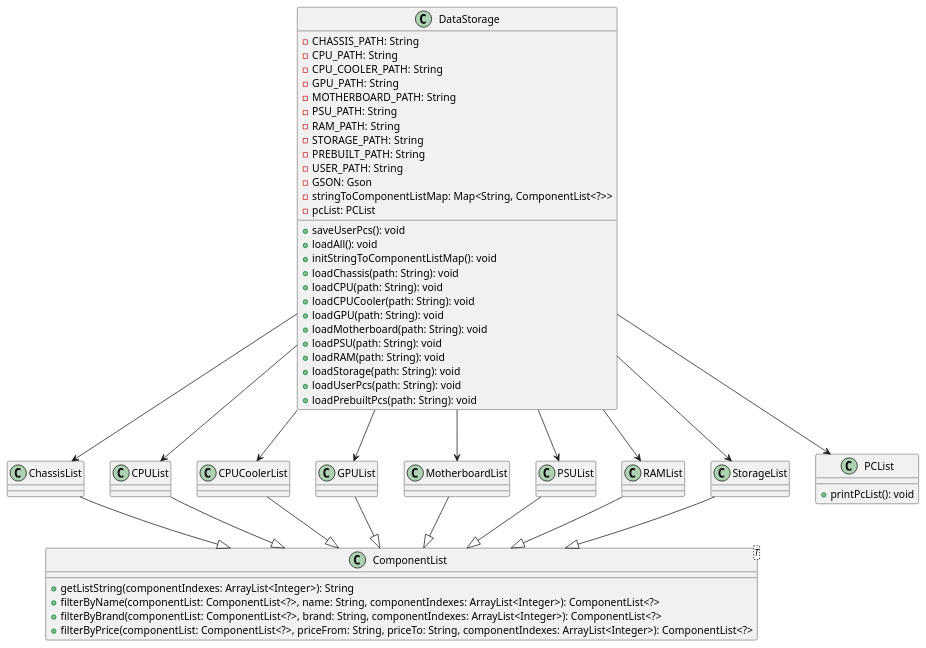
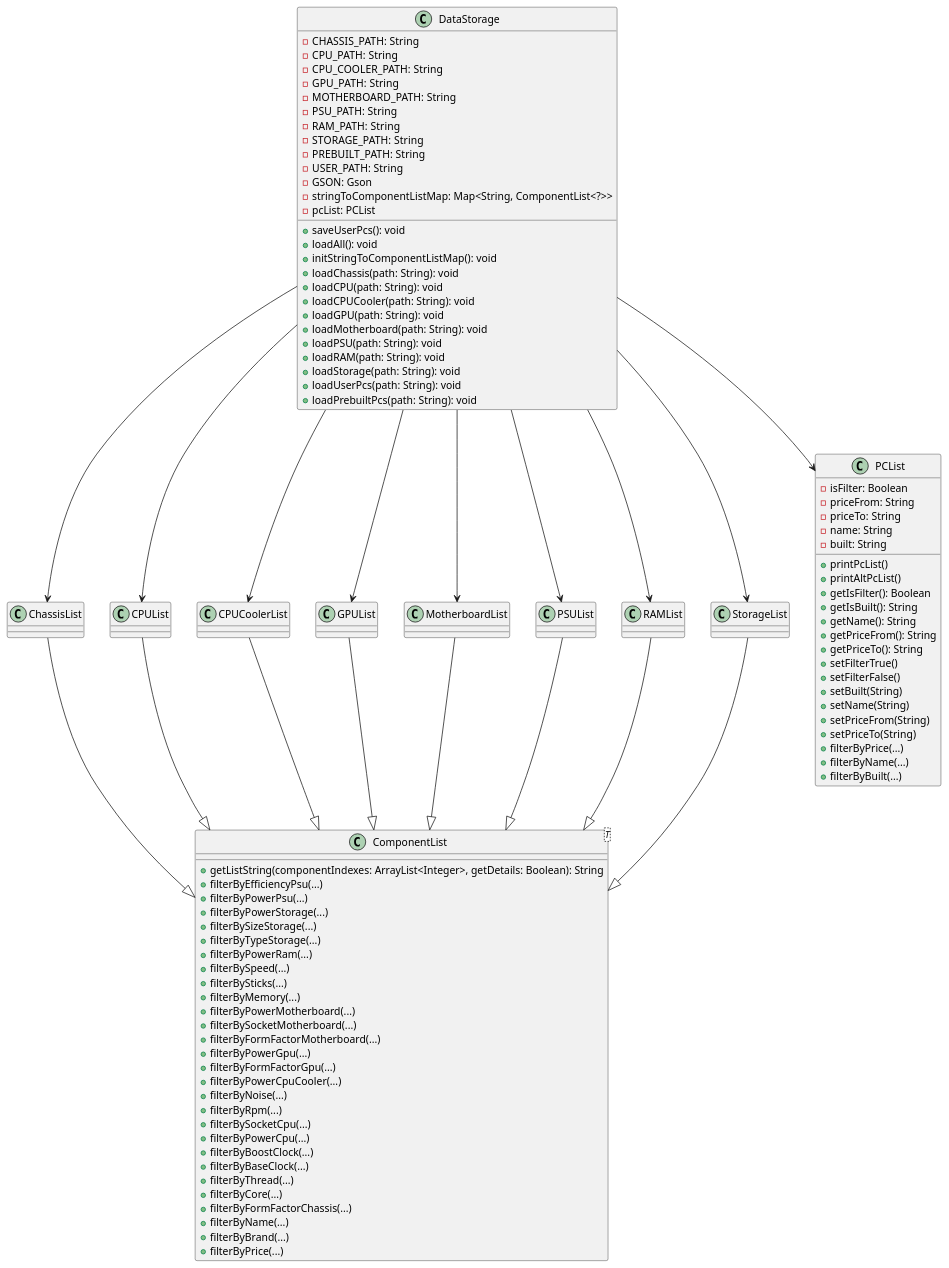
Before and after one commit to typingpanda/tp: the diagram in docs/uml-source/DataStorageClass.puml, drawn with PlantUML. The commit also changed 2 other files, not shown here.

Commit message:
Add to componentList and PCList methods

```diff
--- a/docs/uml-source/DataStorageClass.puml
+++ b/docs/uml-source/DataStorageClass.puml
@@ -1,78 +1,125 @@
 @startuml
 
 
 class ComponentList<T> {
-    + getListString(componentIndexes: ArrayList<Integer>): String
-    + filterByName(componentList: ComponentList<?>, name: String, componentIndexes: ArrayList<Integer>): ComponentList<?>
-    + filterByBrand(componentList: ComponentList<?>, brand: String, componentIndexes: ArrayList<Integer>): ComponentList<?>
-    + filterByPrice(componentList: ComponentList<?>, priceFrom: String, priceTo: String, componentIndexes: ArrayList<Integer>): ComponentList<?>
+    +getListString(componentIndexes: ArrayList<Integer>, getDetails: Boolean): String
+    +filterByEfficiencyPsu(...)
+    +filterByPowerPsu(...)
+    +filterByPowerStorage(...)
+    +filterBySizeStorage(...)
+    +filterByTypeStorage(...)
+    +filterByPowerRam(...)
+    +filterBySpeed(...)
+    +filterBySticks(...)
+    +filterByMemory(...)
+    +filterByPowerMotherboard(...)
+    +filterBySocketMotherboard(...)
+    +filterByFormFactorMotherboard(...)
+    +filterByPowerGpu(...)
+    +filterByFormFactorGpu(...)
+    +filterByPowerCpuCooler(...)
+    +filterByNoise(...)
+    + filterByRpm(...)               
+    + filterBySocketCpu(...)             
+    + filterByPowerCpu(...)          
+    + filterByBoostClock(...)    
+    + filterByBaseClock(...)    
+    + filterByThread(...)                  
+    + filterByCore(...)                     
+    + filterByFormFactorChassis(...) 
+    + filterByName(...)                  
+    + filterByBrand(...)                 
+    + filterByPrice(...)
 }
 
 
 
 class ChassisList
 class CPUList
 class CPUCoolerList
 class GPUList
 class MotherboardList
 class PSUList
 class RAMList
 class StorageList
 
 ChassisList --|> ComponentList
 CPUList --|> ComponentList
 CPUCoolerList --|> ComponentList
 GPUList --|> ComponentList
 MotherboardList --|> ComponentList
 PSUList --|> ComponentList
 RAMList --|> ComponentList
 StorageList --|> ComponentList
 
 
 class PCList {
-    + printPcList(): void
+    -isFilter: Boolean
+    -priceFrom: String
+    -priceTo: String
+    -name: String
+    -built: String
+    +printPcList()
+    +printAltPcList()
+    +getIsFilter(): Boolean
+    +getIsBuilt(): String
+    +getName(): String
+    +getPriceFrom(): String
+    +getPriceTo(): String
+    +setFilterTrue()
+    +setFilterFalse()
+    +setBuilt(String)
+    +setName(String)
+    +setPriceFrom(String)
+    +setPriceTo(String)
+    +filterByPrice(...)
+    +filterByName(...)
+    +filterByBuilt(...)
 }
 
+
+              
+             
 
 
 class DataStorage {
     - CHASSIS_PATH: String
     - CPU_PATH: String
     - CPU_COOLER_PATH: String
     - GPU_PATH: String
     - MOTHERBOARD_PATH: String
     - PSU_PATH: String
     - RAM_PATH: String
     - STORAGE_PATH: String
     - PREBUILT_PATH: String
     - USER_PATH: String
     - GSON: Gson
     - stringToComponentListMap: Map<String, ComponentList<?>>
     - pcList: PCList
     + saveUserPcs(): void
     + loadAll(): void
     + initStringToComponentListMap(): void
     + loadChassis(path: String): void
     + loadCPU(path: String): void
     + loadCPUCooler(path: String): void
     + loadGPU(path: String): void
     + loadMotherboard(path: String): void
     + loadPSU(path: String): void
     + loadRAM(path: String): void
     + loadStorage(path: String): void
     + loadUserPcs(path: String): void
     + loadPrebuiltPcs(path: String): void
 }
 
 
 DataStorage --> ChassisList
 DataStorage --> CPUList
 DataStorage --> CPUCoolerList
 DataStorage --> GPUList
 DataStorage --> MotherboardList
 DataStorage --> PSUList
 DataStorage --> RAMList
 DataStorage --> StorageList
 DataStorage --> PCList
 
 @enduml
```
